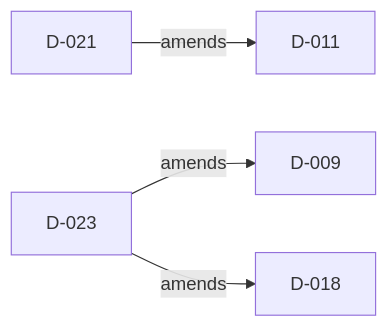
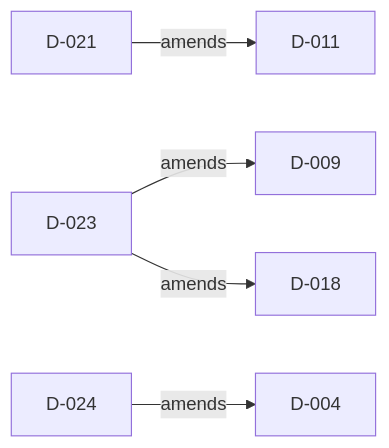
Before and after one commit to doka-labs/Doka.EntityFrameworkCore.MySql: the diagram in docs/decisions/README.md, drawn with Mermaid. The commit also changed other lines of this file and 78 other files, not shown here.

````diff
--- a/docs/decisions/README.md
+++ b/docs/decisions/README.md
@@ -36,6 +37,7 @@
 ```mermaid
 flowchart LR
   D_021["D-021"] -->|"amends"| D_011["D-011"]
   D_023["D-023"] -->|"amends"| D_009["D-009"]
   D_023["D-023"] -->|"amends"| D_018["D-018"]
+  D_024["D-024"] -->|"amends"| D_004["D-004"]
 ```
````
